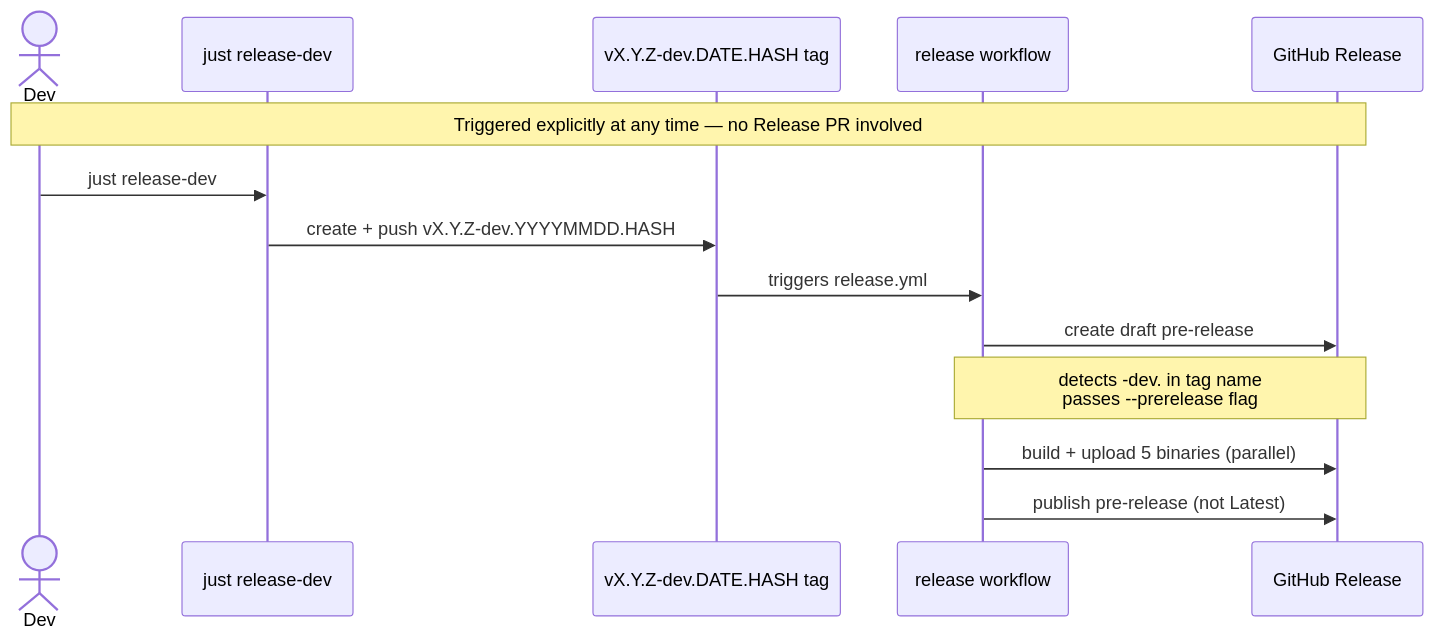
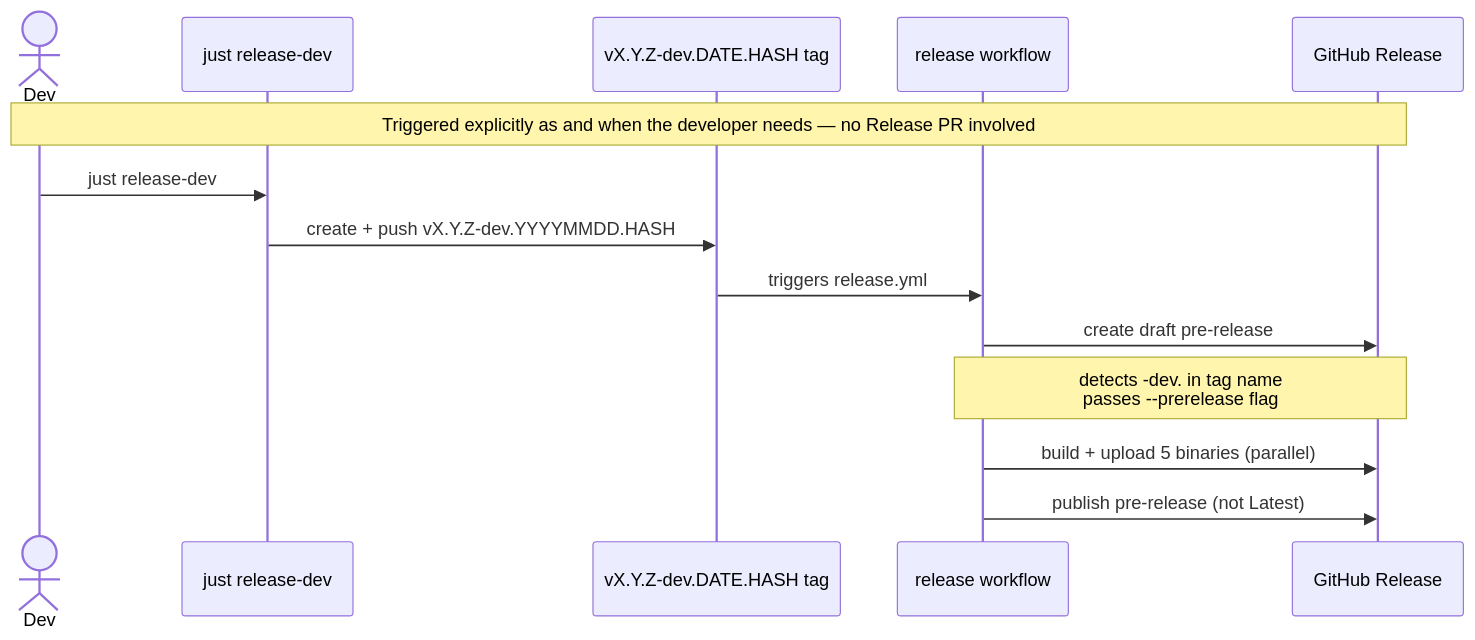
One commit to thompsonson/dev changed the second of 2 diagrams in docs/adr/001-release-automation.md. Above: the diagram before and after it, drawn with Mermaid. The commit also changed other lines of this file, not shown here.

````diff
--- a/docs/adr/001-release-automation.md
+++ b/docs/adr/001-release-automation.md
@@ -89,18 +92,18 @@
 ```mermaid
 sequenceDiagram
     actor Dev
     participant J as just release-dev
     participant tag as vX.Y.Z-dev.DATE.HASH tag
     participant RW as release workflow
     participant GHR as GitHub Release
 
-    Note over Dev,GHR: Triggered explicitly at any time — no Release PR involved
+    Note over Dev,GHR: Triggered explicitly as and when the developer needs — no Release PR involved
 
     Dev->>J: just release-dev
     J->>tag: create + push vX.Y.Z-dev.YYYYMMDD.HASH
     tag->>RW: triggers release.yml
     RW->>GHR: create draft pre-release
     Note over RW,GHR: detects -dev. in tag name<br/>passes --prerelease flag
     RW->>GHR: build + upload 5 binaries (parallel)
     RW->>GHR: publish pre-release (not Latest)
 ```
````
